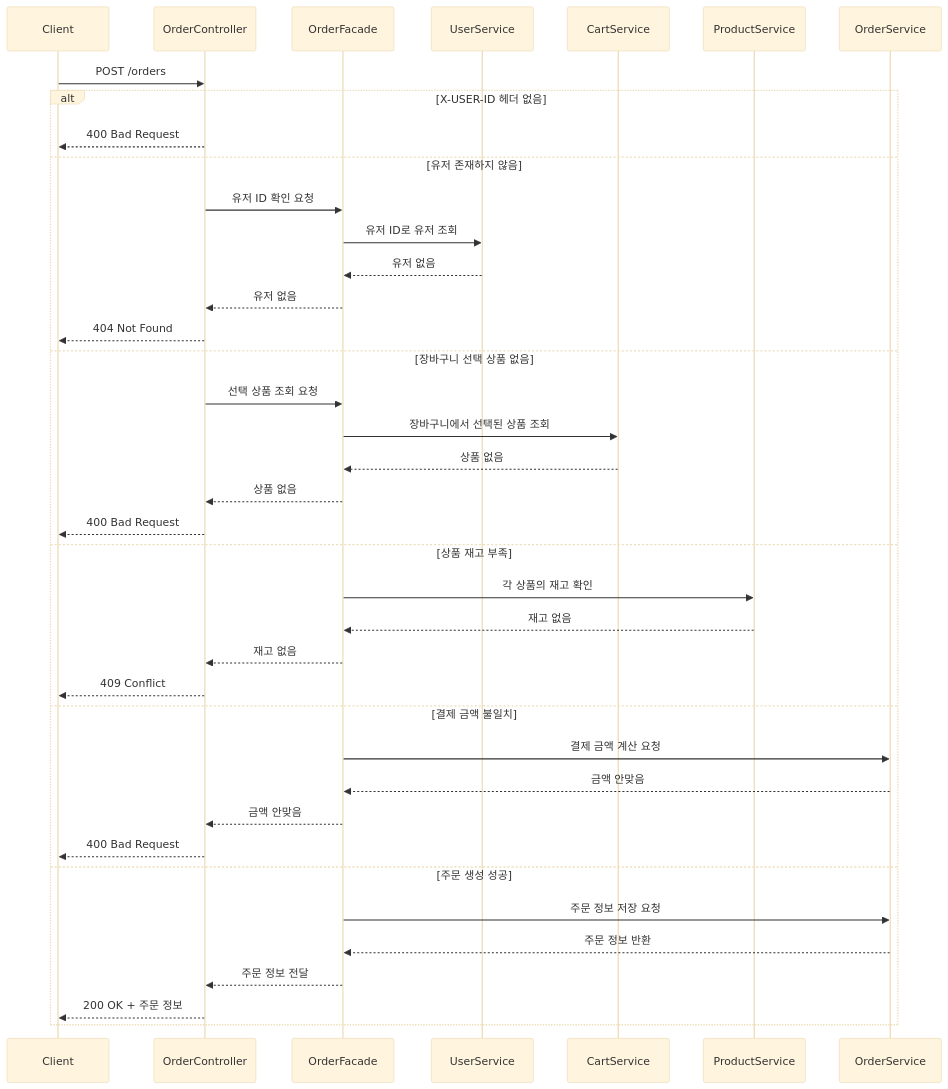
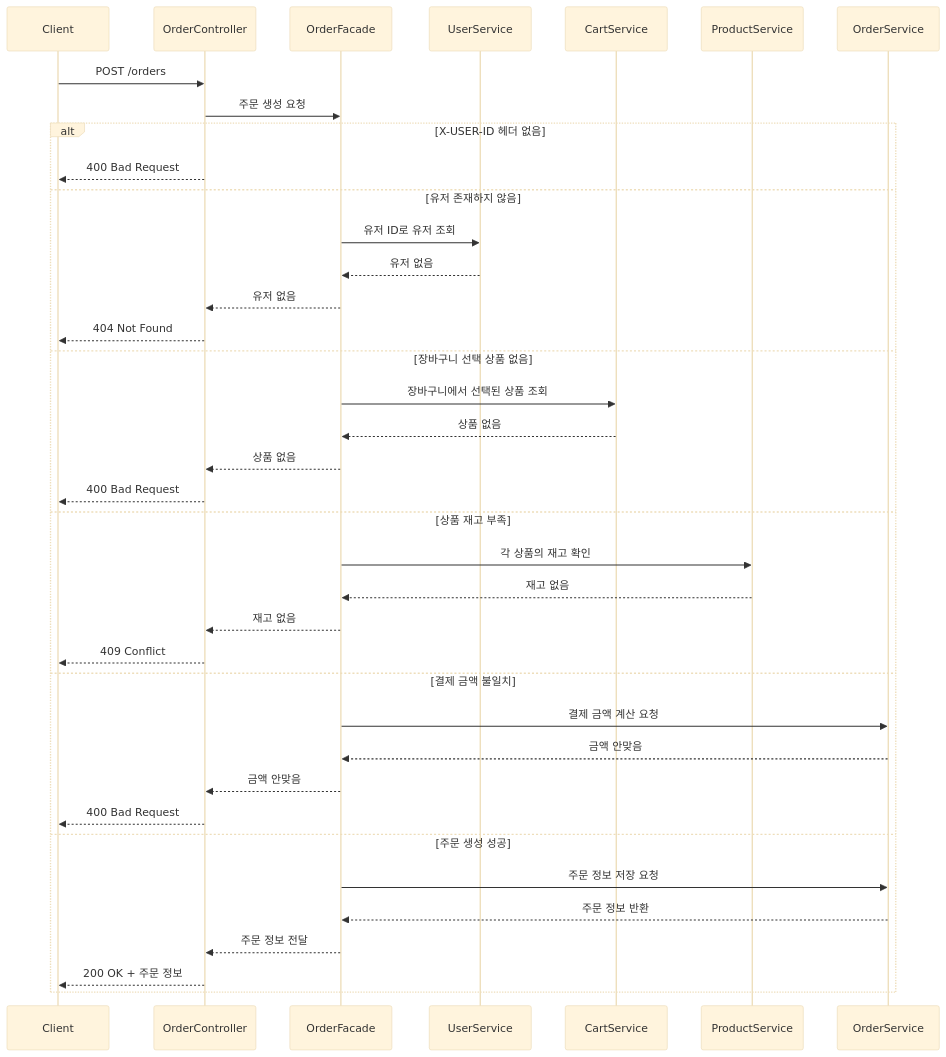
Before and after one commit to HYEONMIN94/loopers-spring-kotlin-template: diagram 11 of 15 in docs/design/02-sequence-diagrams.md, drawn with Mermaid (base theme). The commit also changed other lines of this file, not shown here.

````diff
--- a/docs/design/02-sequence-diagrams.md
+++ b/docs/design/02-sequence-diagrams.md
@@ -395,43 +393,42 @@
 ```mermaid
 sequenceDiagram
     participant Client
     participant OrderController
     participant OrderFacade
     participant UserService
     participant CartService
     participant ProductService
     participant OrderService
 
     Client->>OrderController: POST /orders
+    OrderController->>OrderFacade: 주문 생성 요청
 
     alt X-USER-ID 헤더 없음
         OrderController-->>Client: 400 Bad Request
     else 유저 존재하지 않음
-        OrderController->>OrderFacade: 유저 ID 확인 요청
         OrderFacade->>UserService: 유저 ID로 유저 조회
         UserService-->>OrderFacade: 유저 없음
         OrderFacade-->>OrderController: 유저 없음
         OrderController-->>Client: 404 Not Found
     else 장바구니 선택 상품 없음
-        OrderController->>OrderFacade: 선택 상품 조회 요청
         OrderFacade->>CartService: 장바구니에서 선택된 상품 조회
         CartService-->>OrderFacade: 상품 없음
         OrderFacade-->>OrderController: 상품 없음
         OrderController-->>Client: 400 Bad Request
     else 상품 재고 부족
         OrderFacade->>ProductService: 각 상품의 재고 확인
         ProductService-->>OrderFacade: 재고 없음
         OrderFacade-->>OrderController: 재고 없음
         OrderController-->>Client: 409 Conflict
     else 결제 금액 불일치
         OrderFacade->>OrderService: 결제 금액 계산 요청
         OrderService-->>OrderFacade: 금액 안맞음
         OrderFacade-->>OrderController: 금액 안맞음
         OrderController-->>Client: 400 Bad Request
     else 주문 생성 성공
         OrderFacade->>OrderService: 주문 정보 저장 요청
         OrderService-->>OrderFacade: 주문 정보 반환
         OrderFacade-->>OrderController: 주문 정보 전달
         OrderController-->>Client: 200 OK + 주문 정보
     end
 ```
````
